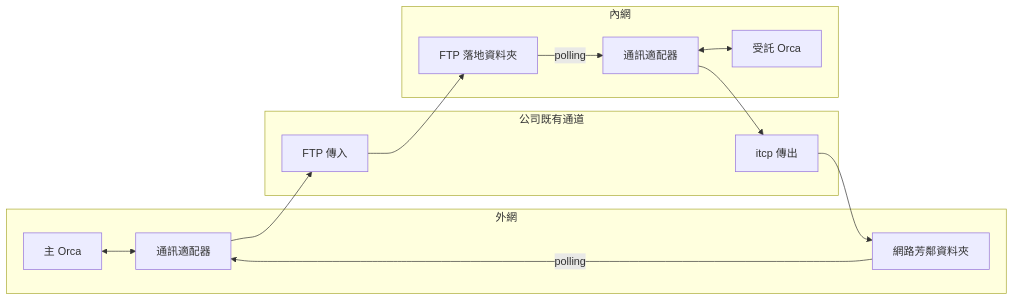
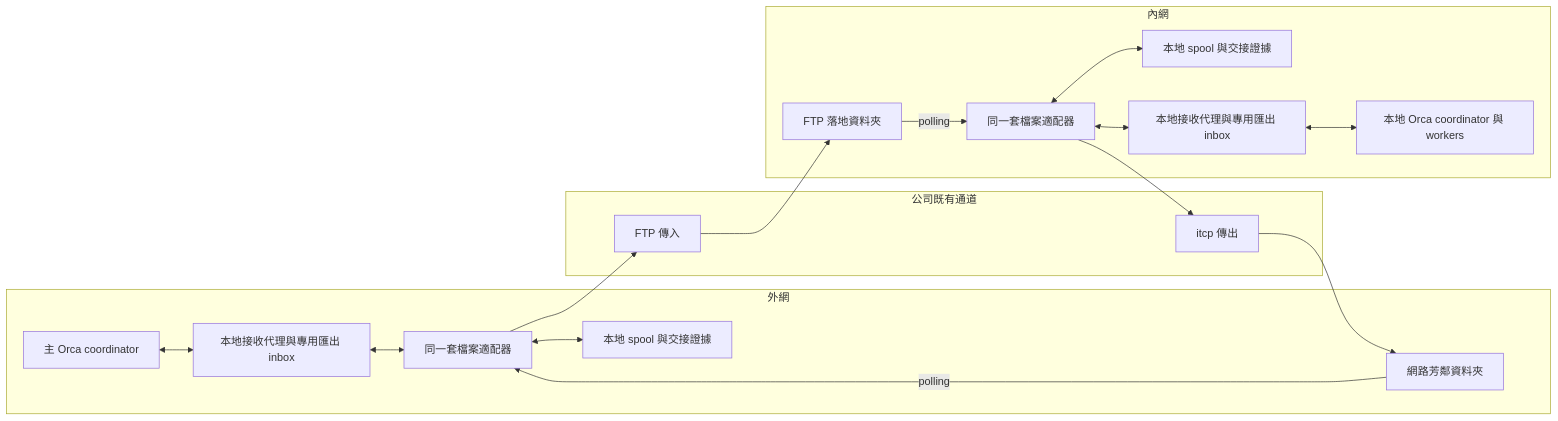
The first of 3 diagrams in research/orca-cross-network-mail-design.md (swchen44/orca), drawn with Mermaid before and after one commit. The commit also changed other lines of this file, not shown here.

````diff
--- a/research/orca-cross-network-mail-design.md
+++ b/research/orca-cross-network-mail-design.md
@@ -22,23 +22,31 @@
 ```mermaid
 flowchart LR
     subgraph EXT[外網]
-        O1[主 Orca]
-        A1[通訊適配器]
+        C[主 Orca coordinator]
+        P1[本地接收代理與專用匯出 inbox]
+        A1[同一套檔案適配器]
+        S1[本地 spool 與交接證據]
         SHARE[網路芳鄰資料夾]
-        O1 <--> A1
+        C <--> P1
+        P1 <--> A1
+        A1 <--> S1
         SHARE -->|polling| A1
     end
-    subgraph NET[公司既有通道]
+    subgraph CHANNEL[公司既有通道]
         FTP[FTP 傳入]
         ITCP[itcp 傳出]
     end
-    subgraph IN[內網]
+    subgraph INT[內網]
         DROP[FTP 落地資料夾]
-        A2[通訊適配器]
-        O2[受託 Orca]
+        A2[同一套檔案適配器]
+        S2[本地 spool 與交接證據]
+        P2[本地接收代理與專用匯出 inbox]
+        W[本地 Orca coordinator 與 workers]
         DROP -->|polling| A2
-        A2 <--> O2
+        A2 <--> S2
+        A2 <--> P2
+        P2 <--> W
     end
     A1 --> FTP --> DROP
     A2 --> ITCP --> SHARE
 ```
````
